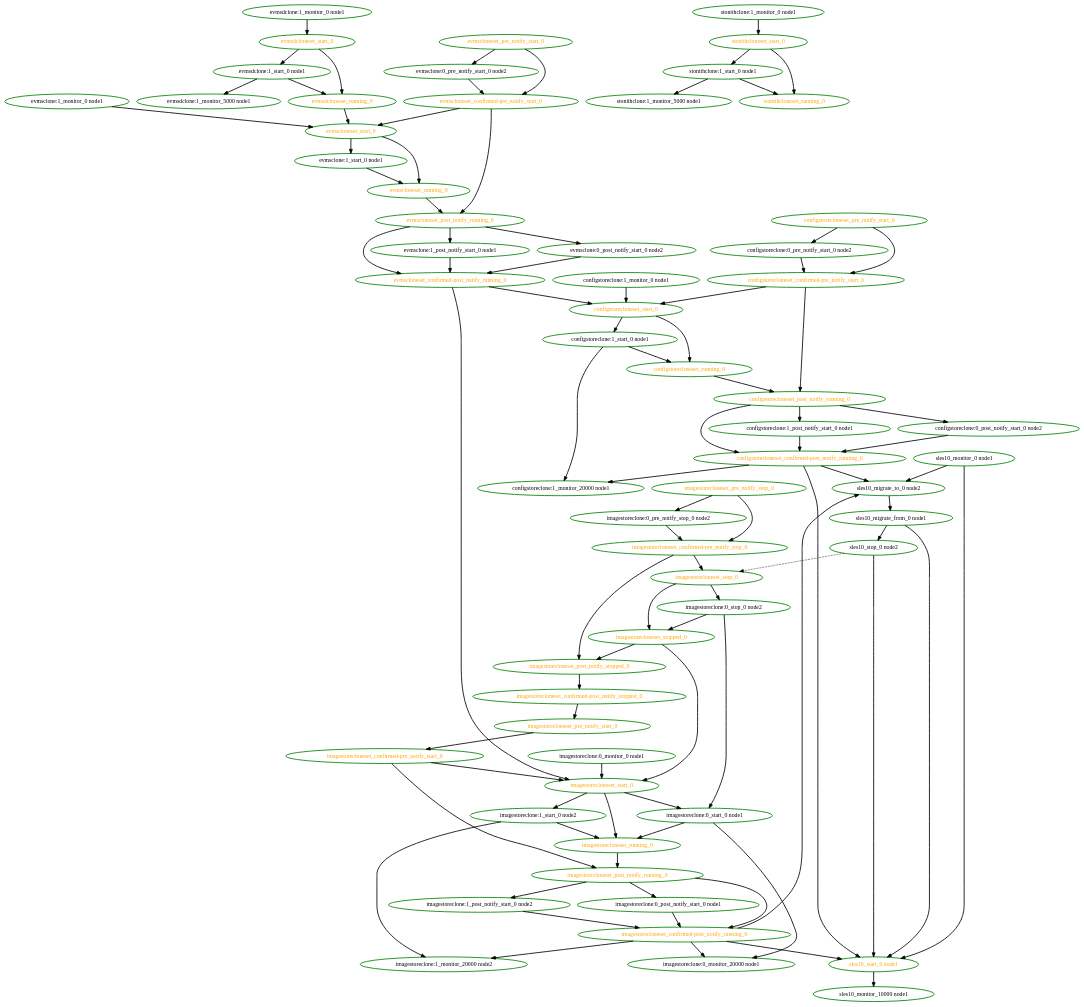
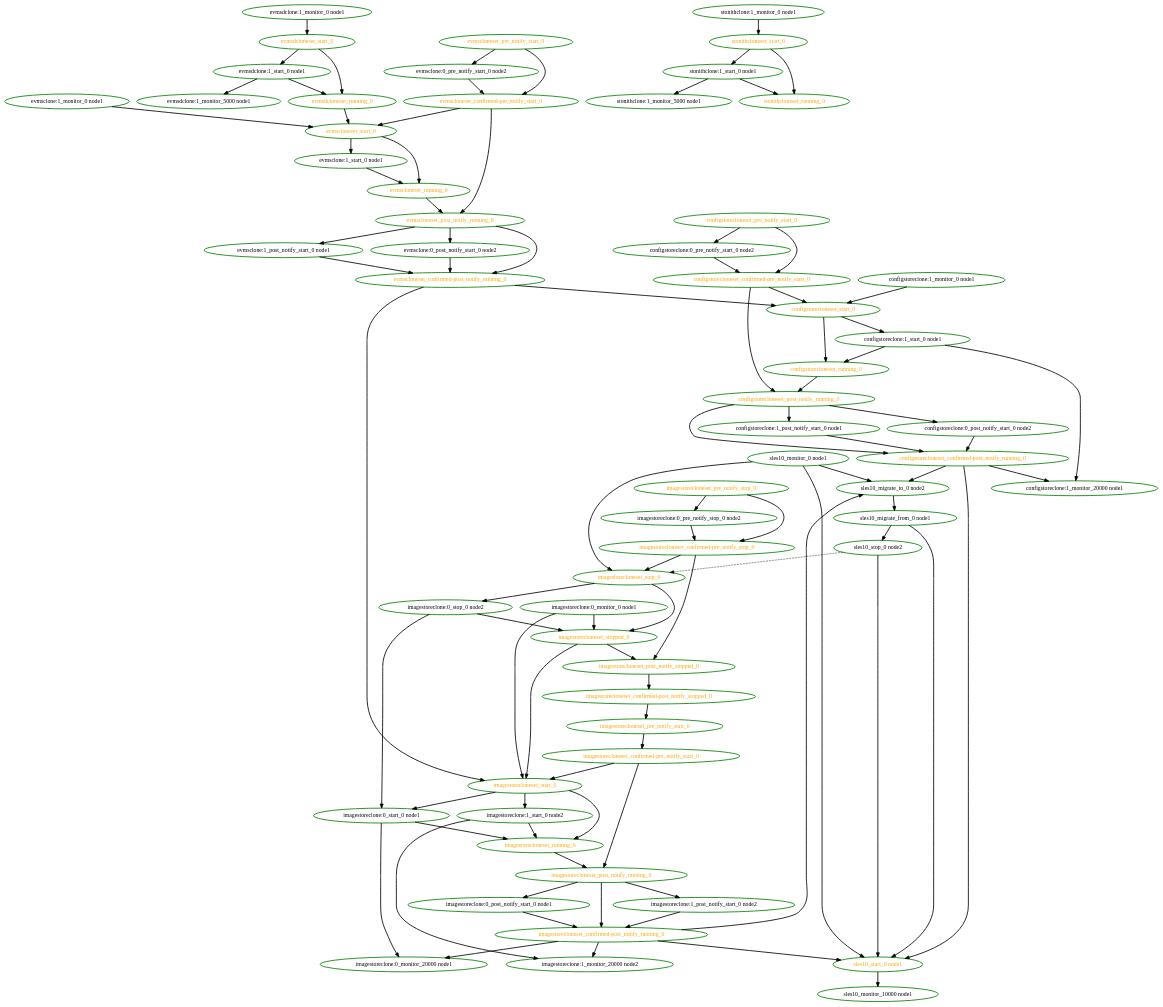
One commit to ClusterLabs/pacemaker changed the diagram in pengine/test10/novell-252693-3.dot. Above: the diagram before and after it, drawn with Graphviz. The commit also changed 82 other files, not shown here.

```diff
--- a/pengine/test10/novell-252693-3.dot
+++ b/pengine/test10/novell-252693-3.dot
@@ -1,151 +1,153 @@
  digraph "g" {
 "configstoreclone:0_post_notify_start_0 node2" -> "configstorecloneset_confirmed-post_notify_running_0" [ style = bold]
 "configstoreclone:0_post_notify_start_0 node2" [ style=bold color="green" fontcolor="black" ]
 "configstoreclone:0_pre_notify_start_0 node2" -> "configstorecloneset_confirmed-pre_notify_start_0" [ style = bold]
 "configstoreclone:0_pre_notify_start_0 node2" [ style=bold color="green" fontcolor="black" ]
 "configstoreclone:1_monitor_0 node1" -> "configstorecloneset_start_0" [ style = bold]
 "configstoreclone:1_monitor_0 node1" [ style=bold color="green" fontcolor="black" ]
 "configstoreclone:1_monitor_20000 node1" [ style=bold color="green" fontcolor="black" ]
 "configstoreclone:1_post_notify_start_0 node1" -> "configstorecloneset_confirmed-post_notify_running_0" [ style = bold]
 "configstoreclone:1_post_notify_start_0 node1" [ style=bold color="green" fontcolor="black" ]
 "configstoreclone:1_start_0 node1" -> "configstoreclone:1_monitor_20000 node1" [ style = bold]
 "configstoreclone:1_start_0 node1" -> "configstorecloneset_running_0" [ style = bold]
 "configstoreclone:1_start_0 node1" [ style=bold color="green" fontcolor="black" ]
 "configstorecloneset_confirmed-post_notify_running_0" -> "configstoreclone:1_monitor_20000 node1" [ style = bold]
 "configstorecloneset_confirmed-post_notify_running_0" -> "sles10_migrate_to_0 node2" [ style = bold]
 "configstorecloneset_confirmed-post_notify_running_0" -> "sles10_start_0 node1" [ style = bold]
 "configstorecloneset_confirmed-post_notify_running_0" [ style=bold color="green" fontcolor="orange" ]
 "configstorecloneset_confirmed-pre_notify_start_0" -> "configstorecloneset_post_notify_running_0" [ style = bold]
 "configstorecloneset_confirmed-pre_notify_start_0" -> "configstorecloneset_start_0" [ style = bold]
 "configstorecloneset_confirmed-pre_notify_start_0" [ style=bold color="green" fontcolor="orange" ]
 "configstorecloneset_post_notify_running_0" -> "configstoreclone:0_post_notify_start_0 node2" [ style = bold]
 "configstorecloneset_post_notify_running_0" -> "configstoreclone:1_post_notify_start_0 node1" [ style = bold]
 "configstorecloneset_post_notify_running_0" -> "configstorecloneset_confirmed-post_notify_running_0" [ style = bold]
 "configstorecloneset_post_notify_running_0" [ style=bold color="green" fontcolor="orange" ]
 "configstorecloneset_pre_notify_start_0" -> "configstoreclone:0_pre_notify_start_0 node2" [ style = bold]
 "configstorecloneset_pre_notify_start_0" -> "configstorecloneset_confirmed-pre_notify_start_0" [ style = bold]
 "configstorecloneset_pre_notify_start_0" [ style=bold color="green" fontcolor="orange" ]
 "configstorecloneset_running_0" -> "configstorecloneset_post_notify_running_0" [ style = bold]
 "configstorecloneset_running_0" [ style=bold color="green" fontcolor="orange" ]
 "configstorecloneset_start_0" -> "configstoreclone:1_start_0 node1" [ style = bold]
 "configstorecloneset_start_0" -> "configstorecloneset_running_0" [ style = bold]
 "configstorecloneset_start_0" [ style=bold color="green" fontcolor="orange" ]
 "evmsclone:0_post_notify_start_0 node2" -> "evmscloneset_confirmed-post_notify_running_0" [ style = bold]
 "evmsclone:0_post_notify_start_0 node2" [ style=bold color="green" fontcolor="black" ]
 "evmsclone:0_pre_notify_start_0 node2" -> "evmscloneset_confirmed-pre_notify_start_0" [ style = bold]
 "evmsclone:0_pre_notify_start_0 node2" [ style=bold color="green" fontcolor="black" ]
 "evmsclone:1_monitor_0 node1" -> "evmscloneset_start_0" [ style = bold]
 "evmsclone:1_monitor_0 node1" [ style=bold color="green" fontcolor="black" ]
 "evmsclone:1_post_notify_start_0 node1" -> "evmscloneset_confirmed-post_notify_running_0" [ style = bold]
 "evmsclone:1_post_notify_start_0 node1" [ style=bold color="green" fontcolor="black" ]
 "evmsclone:1_start_0 node1" -> "evmscloneset_running_0" [ style = bold]
 "evmsclone:1_start_0 node1" [ style=bold color="green" fontcolor="black" ]
 "evmscloneset_confirmed-post_notify_running_0" -> "configstorecloneset_start_0" [ style = bold]
 "evmscloneset_confirmed-post_notify_running_0" -> "imagestorecloneset_start_0" [ style = bold]
 "evmscloneset_confirmed-post_notify_running_0" [ style=bold color="green" fontcolor="orange" ]
 "evmscloneset_confirmed-pre_notify_start_0" -> "evmscloneset_post_notify_running_0" [ style = bold]
 "evmscloneset_confirmed-pre_notify_start_0" -> "evmscloneset_start_0" [ style = bold]
 "evmscloneset_confirmed-pre_notify_start_0" [ style=bold color="green" fontcolor="orange" ]
 "evmscloneset_post_notify_running_0" -> "evmsclone:0_post_notify_start_0 node2" [ style = bold]
 "evmscloneset_post_notify_running_0" -> "evmsclone:1_post_notify_start_0 node1" [ style = bold]
 "evmscloneset_post_notify_running_0" -> "evmscloneset_confirmed-post_notify_running_0" [ style = bold]
 "evmscloneset_post_notify_running_0" [ style=bold color="green" fontcolor="orange" ]
 "evmscloneset_pre_notify_start_0" -> "evmsclone:0_pre_notify_start_0 node2" [ style = bold]
 "evmscloneset_pre_notify_start_0" -> "evmscloneset_confirmed-pre_notify_start_0" [ style = bold]
 "evmscloneset_pre_notify_start_0" [ style=bold color="green" fontcolor="orange" ]
 "evmscloneset_running_0" -> "evmscloneset_post_notify_running_0" [ style = bold]
 "evmscloneset_running_0" [ style=bold color="green" fontcolor="orange" ]
 "evmscloneset_start_0" -> "evmsclone:1_start_0 node1" [ style = bold]
 "evmscloneset_start_0" -> "evmscloneset_running_0" [ style = bold]
 "evmscloneset_start_0" [ style=bold color="green" fontcolor="orange" ]
 "evmsdclone:1_monitor_0 node1" -> "evmsdcloneset_start_0" [ style = bold]
 "evmsdclone:1_monitor_0 node1" [ style=bold color="green" fontcolor="black" ]
 "evmsdclone:1_monitor_5000 node1" [ style=bold color="green" fontcolor="black" ]
 "evmsdclone:1_start_0 node1" -> "evmsdclone:1_monitor_5000 node1" [ style = bold]
 "evmsdclone:1_start_0 node1" -> "evmsdcloneset_running_0" [ style = bold]
 "evmsdclone:1_start_0 node1" [ style=bold color="green" fontcolor="black" ]
 "evmsdcloneset_running_0" -> "evmscloneset_start_0" [ style = bold]
 "evmsdcloneset_running_0" [ style=bold color="green" fontcolor="orange" ]
 "evmsdcloneset_start_0" -> "evmsdclone:1_start_0 node1" [ style = bold]
 "evmsdcloneset_start_0" -> "evmsdcloneset_running_0" [ style = bold]
 "evmsdcloneset_start_0" [ style=bold color="green" fontcolor="orange" ]
 "imagestoreclone:0_monitor_0 node1" -> "imagestorecloneset_start_0" [ style = bold]
+"imagestoreclone:0_monitor_0 node1" -> "imagestorecloneset_stopped_0" [ style = bold]
 "imagestoreclone:0_monitor_0 node1" [ style=bold color="green" fontcolor="black" ]
 "imagestoreclone:0_monitor_20000 node1" [ style=bold color="green" fontcolor="black" ]
 "imagestoreclone:0_post_notify_start_0 node1" -> "imagestorecloneset_confirmed-post_notify_running_0" [ style = bold]
 "imagestoreclone:0_post_notify_start_0 node1" [ style=bold color="green" fontcolor="black" ]
 "imagestoreclone:0_pre_notify_stop_0 node2" -> "imagestorecloneset_confirmed-pre_notify_stop_0" [ style = bold]
 "imagestoreclone:0_pre_notify_stop_0 node2" [ style=bold color="green" fontcolor="black" ]
 "imagestoreclone:0_start_0 node1" -> "imagestoreclone:0_monitor_20000 node1" [ style = bold]
 "imagestoreclone:0_start_0 node1" -> "imagestorecloneset_running_0" [ style = bold]
 "imagestoreclone:0_start_0 node1" [ style=bold color="green" fontcolor="black" ]
 "imagestoreclone:0_stop_0 node2" -> "imagestoreclone:0_start_0 node1" [ style = bold]
 "imagestoreclone:0_stop_0 node2" -> "imagestorecloneset_stopped_0" [ style = bold]
 "imagestoreclone:0_stop_0 node2" [ style=bold color="green" fontcolor="black" ]
 "imagestoreclone:1_monitor_20000 node2" [ style=bold color="green" fontcolor="black" ]
 "imagestoreclone:1_post_notify_start_0 node2" -> "imagestorecloneset_confirmed-post_notify_running_0" [ style = bold]
 "imagestoreclone:1_post_notify_start_0 node2" [ style=bold color="green" fontcolor="black" ]
 "imagestoreclone:1_start_0 node2" -> "imagestoreclone:1_monitor_20000 node2" [ style = bold]
 "imagestoreclone:1_start_0 node2" -> "imagestorecloneset_running_0" [ style = bold]
 "imagestoreclone:1_start_0 node2" [ style=bold color="green" fontcolor="black" ]
 "imagestorecloneset_confirmed-post_notify_running_0" -> "imagestoreclone:0_monitor_20000 node1" [ style = bold]
 "imagestorecloneset_confirmed-post_notify_running_0" -> "imagestoreclone:1_monitor_20000 node2" [ style = bold]
 "imagestorecloneset_confirmed-post_notify_running_0" -> "sles10_migrate_to_0 node2" [ style = bold]
 "imagestorecloneset_confirmed-post_notify_running_0" -> "sles10_start_0 node1" [ style = bold]
 "imagestorecloneset_confirmed-post_notify_running_0" [ style=bold color="green" fontcolor="orange" ]
 "imagestorecloneset_confirmed-post_notify_stopped_0" -> "imagestorecloneset_pre_notify_start_0" [ style = bold]
 "imagestorecloneset_confirmed-post_notify_stopped_0" [ style=bold color="green" fontcolor="orange" ]
 "imagestorecloneset_confirmed-pre_notify_start_0" -> "imagestorecloneset_post_notify_running_0" [ style = bold]
 "imagestorecloneset_confirmed-pre_notify_start_0" -> "imagestorecloneset_start_0" [ style = bold]
 "imagestorecloneset_confirmed-pre_notify_start_0" [ style=bold color="green" fontcolor="orange" ]
 "imagestorecloneset_confirmed-pre_notify_stop_0" -> "imagestorecloneset_post_notify_stopped_0" [ style = bold]
 "imagestorecloneset_confirmed-pre_notify_stop_0" -> "imagestorecloneset_stop_0" [ style = bold]
 "imagestorecloneset_confirmed-pre_notify_stop_0" [ style=bold color="green" fontcolor="orange" ]
 "imagestorecloneset_post_notify_running_0" -> "imagestoreclone:0_post_notify_start_0 node1" [ style = bold]
 "imagestorecloneset_post_notify_running_0" -> "imagestoreclone:1_post_notify_start_0 node2" [ style = bold]
 "imagestorecloneset_post_notify_running_0" -> "imagestorecloneset_confirmed-post_notify_running_0" [ style = bold]
 "imagestorecloneset_post_notify_running_0" [ style=bold color="green" fontcolor="orange" ]
 "imagestorecloneset_post_notify_stopped_0" -> "imagestorecloneset_confirmed-post_notify_stopped_0" [ style = bold]
 "imagestorecloneset_post_notify_stopped_0" [ style=bold color="green" fontcolor="orange" ]
 "imagestorecloneset_pre_notify_start_0" -> "imagestorecloneset_confirmed-pre_notify_start_0" [ style = bold]
 "imagestorecloneset_pre_notify_start_0" [ style=bold color="green" fontcolor="orange" ]
 "imagestorecloneset_pre_notify_stop_0" -> "imagestoreclone:0_pre_notify_stop_0 node2" [ style = bold]
 "imagestorecloneset_pre_notify_stop_0" -> "imagestorecloneset_confirmed-pre_notify_stop_0" [ style = bold]
 "imagestorecloneset_pre_notify_stop_0" [ style=bold color="green" fontcolor="orange" ]
 "imagestorecloneset_running_0" -> "imagestorecloneset_post_notify_running_0" [ style = bold]
 "imagestorecloneset_running_0" [ style=bold color="green" fontcolor="orange" ]
 "imagestorecloneset_start_0" -> "imagestoreclone:0_start_0 node1" [ style = bold]
 "imagestorecloneset_start_0" -> "imagestoreclone:1_start_0 node2" [ style = bold]
 "imagestorecloneset_start_0" -> "imagestorecloneset_running_0" [ style = bold]
 "imagestorecloneset_start_0" [ style=bold color="green" fontcolor="orange" ]
 "imagestorecloneset_stop_0" -> "imagestoreclone:0_stop_0 node2" [ style = bold]
 "imagestorecloneset_stop_0" -> "imagestorecloneset_stopped_0" [ style = bold]
 "imagestorecloneset_stop_0" [ style=bold color="green" fontcolor="orange" ]
 "imagestorecloneset_stopped_0" -> "imagestorecloneset_post_notify_stopped_0" [ style = bold]
 "imagestorecloneset_stopped_0" -> "imagestorecloneset_start_0" [ style = bold]
 "imagestorecloneset_stopped_0" [ style=bold color="green" fontcolor="orange" ]
 "sles10_migrate_from_0 node1" -> "sles10_start_0 node1" [ style = bold]
 "sles10_migrate_from_0 node1" -> "sles10_stop_0 node2" [ style = bold]
 "sles10_migrate_from_0 node1" [ style=bold color="green" fontcolor="black"]
 "sles10_migrate_to_0 node2" -> "sles10_migrate_from_0 node1" [ style = bold]
 "sles10_migrate_to_0 node2" [ style=bold color="green" fontcolor="black"]
+"sles10_monitor_0 node1" -> "imagestorecloneset_stop_0" [ style = bold]
 "sles10_monitor_0 node1" -> "sles10_migrate_to_0 node2" [ style = bold]
 "sles10_monitor_0 node1" -> "sles10_start_0 node1" [ style = bold]
 "sles10_monitor_0 node1" [ style=bold color="green" fontcolor="black" ]
 "sles10_monitor_10000 node1" [ style=bold color="green" fontcolor="black" ]
 "sles10_start_0 node1" -> "sles10_monitor_10000 node1" [ style = bold]
 "sles10_start_0 node1" [ style=bold color="green" fontcolor="orange"]
 "sles10_stop_0 node2" -> "imagestorecloneset_stop_0" [ style = dashed]
 "sles10_stop_0 node2" -> "sles10_start_0 node1" [ style = bold]
 "sles10_stop_0 node2" [ style=bold color="green" fontcolor="black" ]
 "stonithclone:1_monitor_0 node1" -> "stonithcloneset_start_0" [ style = bold]
 "stonithclone:1_monitor_0 node1" [ style=bold color="green" fontcolor="black" ]
 "stonithclone:1_monitor_5000 node1" [ style=bold color="green" fontcolor="black" ]
 "stonithclone:1_start_0 node1" -> "stonithclone:1_monitor_5000 node1" [ style = bold]
 "stonithclone:1_start_0 node1" -> "stonithcloneset_running_0" [ style = bold]
 "stonithclone:1_start_0 node1" [ style=bold color="green" fontcolor="black" ]
 "stonithcloneset_running_0" [ style=bold color="green" fontcolor="orange" ]
 "stonithcloneset_start_0" -> "stonithclone:1_start_0 node1" [ style = bold]
 "stonithcloneset_start_0" -> "stonithcloneset_running_0" [ style = bold]
 "stonithcloneset_start_0" [ style=bold color="green" fontcolor="orange" ]
 }
```
